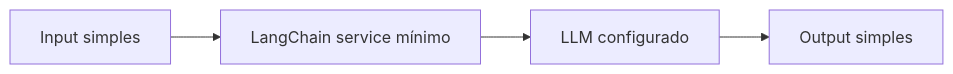
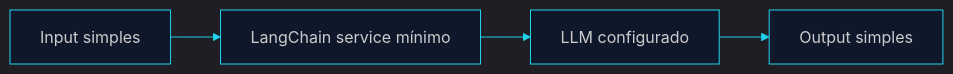
The diagram in PR 22 — Fundação Inicial de LangChain.md (matheusdiamantino-betalent/questions-ai), drawn with Mermaid before and after one commit. The commit also changed other lines of this file, not shown here.

Commit message:
Update PR 22 — Fundação Inicial de LangChain.md

````diff
--- a/PR 22 — Fundação Inicial de LangChain.md
+++ b/PR 22 — Fundação Inicial de LangChain.md
@@ -116,6 +116,25 @@
 ```mermaid
+%%{init: {'theme': 'dark', 'themeVariables': {
+  'background': '#020617',
+  'primaryColor': '#0f172a',
+  'primaryTextColor': '#e5e7eb',
+  'primaryBorderColor': '#22d3ee',
+  'lineColor': '#22d3ee',
+  'secondaryColor': '#111827',
+  'secondaryTextColor': '#e5e7eb',
+  'secondaryBorderColor': '#a855f7',
+  'tertiaryColor': '#0b1120',
+  'tertiaryTextColor': '#e5e7eb',
+  'tertiaryBorderColor': '#38bdf8',
+  'nodeBorder': '#22d3ee',
+  'mainBkg': '#0f172a',
+  'clusterBkg': '#111827',
+  'clusterBorder': '#a855f7',
+  'edgeLabelBackground': '#020617',
+  'fontFamily': 'monospace'
+}}}%%
 flowchart LR
     A["Input simples"] --> B["LangChain service mínimo"]
     B --> C["LLM configurado"]
     C --> D["Output simples"]
 ```
````
